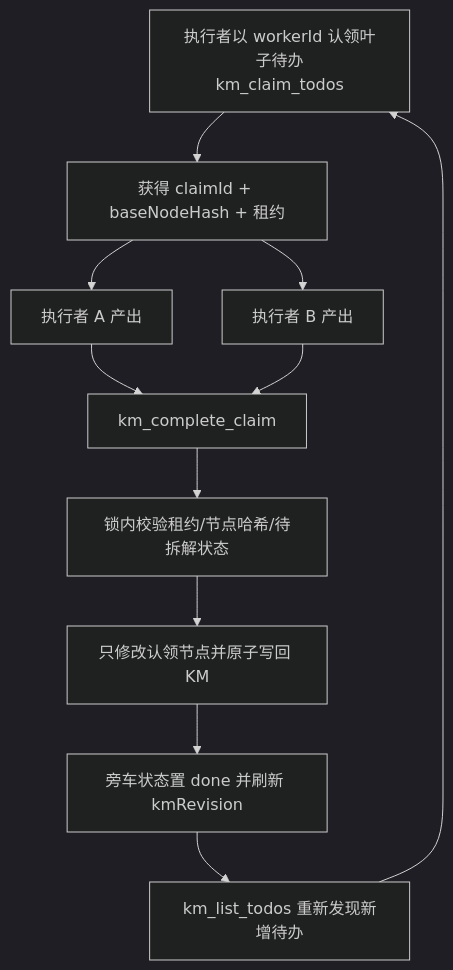
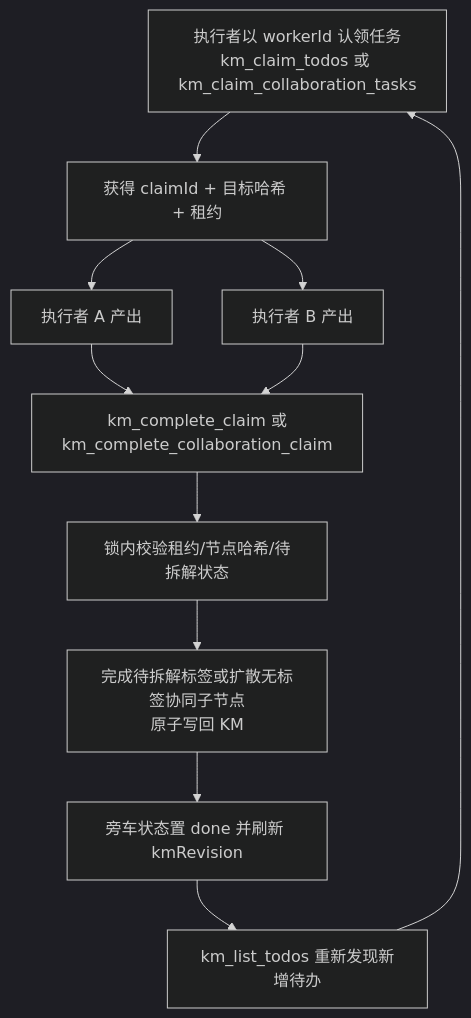
Before and after one commit to QunterShion/InfiniteMap: the diagram in docs/km-parallel-execution-design.md, drawn with Mermaid (dark theme). The commit also changed other lines of this file and 16 other files, not shown here.

Commit message:
1. MCP 工具由 12 个扩展至 14 个，新增 km_claim_collaboration_tasks、km_complete_collaboration_claim。 2. 支持协同任务批量认领、续租、释放、原子完成及目标子树哈希冲突检测。 3. 活动协同租约会阻止 legacy km_expand_collaboration 绕过写入。 4. 会话追溯元数据 data.infiniteMap 不会导致协同 claim 失效。

````diff
--- a/docs/km-parallel-execution-design.md
+++ b/docs/km-parallel-execution-design.md
@@ -35,13 +37,13 @@
 ```mermaid
 flowchart TD
-    A[执行者以 workerId 认领叶子待办<br/>km_claim_todos] --> B[获得 claimId + baseNodeHash + 租约]
+    A[执行者以 workerId 认领任务<br/>km_claim_todos 或 km_claim_collaboration_tasks] --> B[获得 claimId + 目标哈希 + 租约]
     B --> C[执行者 A 产出]
     B --> D[执行者 B 产出]
-    C --> E[km_complete_claim]
+    C --> E[km_complete_claim 或<br/>km_complete_collaboration_claim]
     D --> E
     E --> F[锁内校验租约/节点哈希/待拆解状态]
-    F --> G[只修改认领节点并原子写回 KM]
+    F --> G[完成待拆解标签或扩散无标签协同子节点<br/>原子写回 KM]
     G --> H[旁车状态置 done 并刷新 kmRevision]
     H --> I[km_list_todos 重新发现新增待办]
     I --> A
 ```
````
